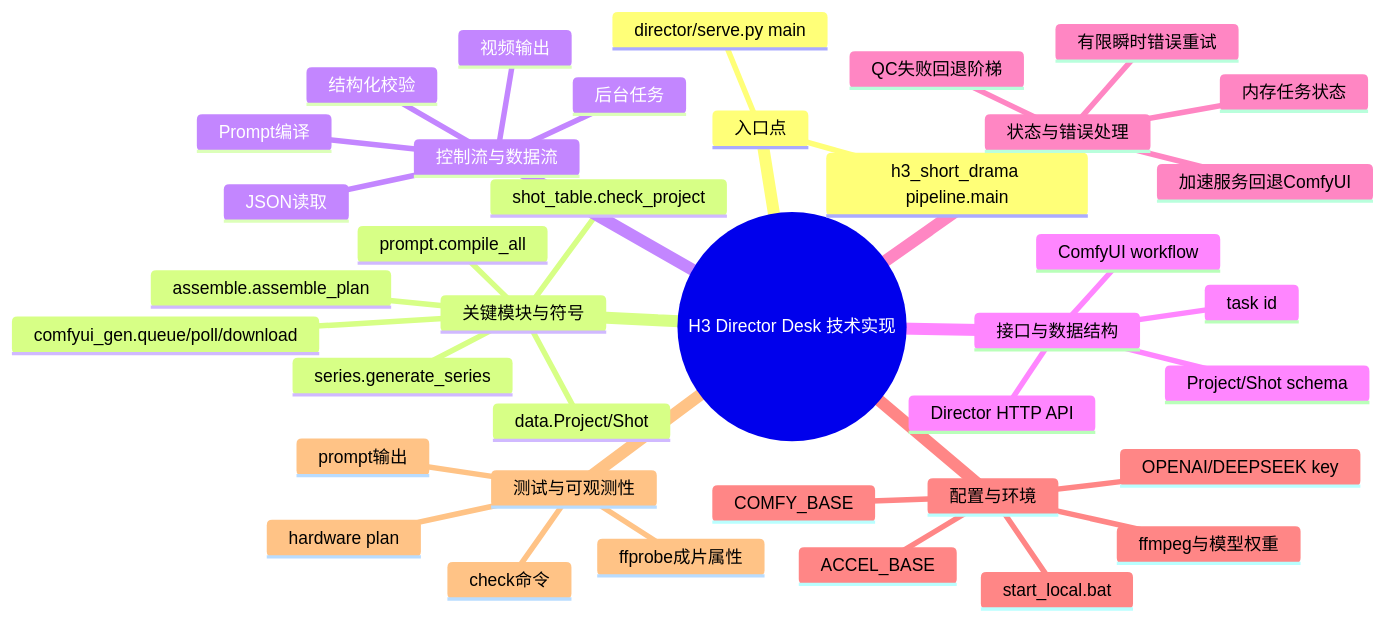
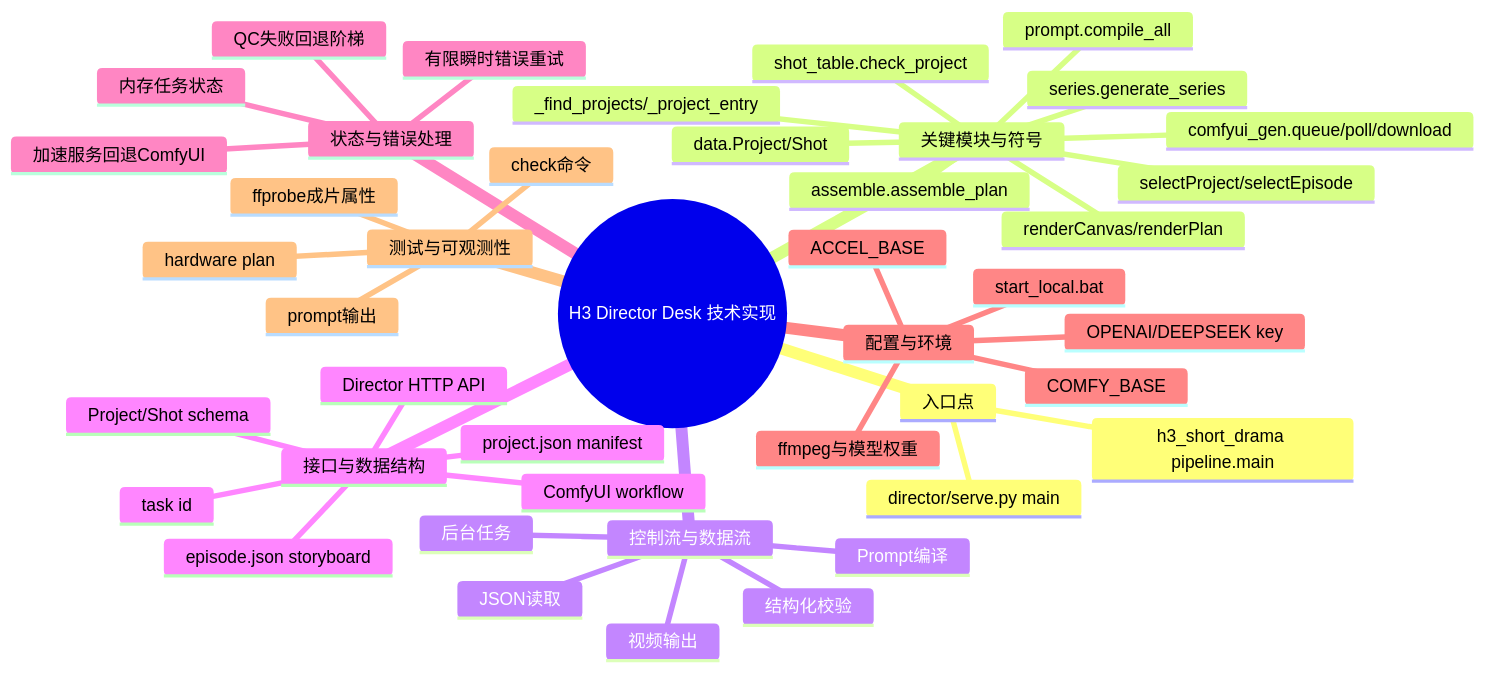
One commit to Exalex/h3-director-desk changed the diagram in docs/project-evolution/mindmaps/technical-implementation.md. Above: the diagram before and after it, drawn with Mermaid. The commit also changed other lines of this file and 63 other files, not shown here.

Commit message:
feat: redesign project workspace and episode navigation

````diff
--- a/docs/project-evolution/mindmaps/technical-implementation.md
+++ b/docs/project-evolution/mindmaps/technical-implementation.md
@@ -3,41 +3,46 @@
 ```mermaid
 mindmap
   root((H3 Director Desk 技术实现))
     入口点
       director/serve.py main
       h3_short_drama pipeline.main
     关键模块与符号
+      _find_projects/_project_entry
+      selectProject/selectEpisode
+      renderCanvas/renderPlan
       data.Project/Shot
       shot_table.check_project
       prompt.compile_all
       comfyui_gen.queue/poll/download
       series.generate_series
       assemble.assemble_plan
     控制流与数据流
       JSON读取
       结构化校验
       Prompt编译
       后台任务
       视频输出
     接口与数据结构
       Director HTTP API
+      project.json manifest
+      episode.json storyboard
       Project/Shot schema
       ComfyUI workflow
       task id
     状态与错误处理
       内存任务状态
       有限瞬时错误重试
       加速服务回退ComfyUI
       QC失败回退阶梯
     配置与环境
       COMFY_BASE
       ACCEL_BASE
       OPENAI/DEEPSEEK key
       ffmpeg与模型权重
       start_local.bat
     测试与可观测性
       check命令
       hardware plan
       prompt输出
       ffprobe成片属性
 ```
````
